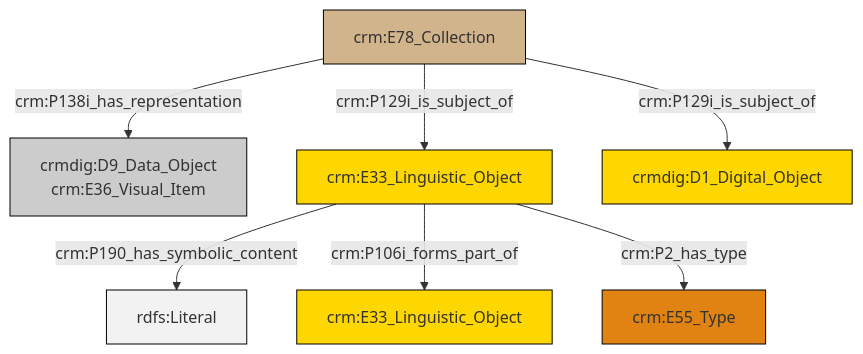
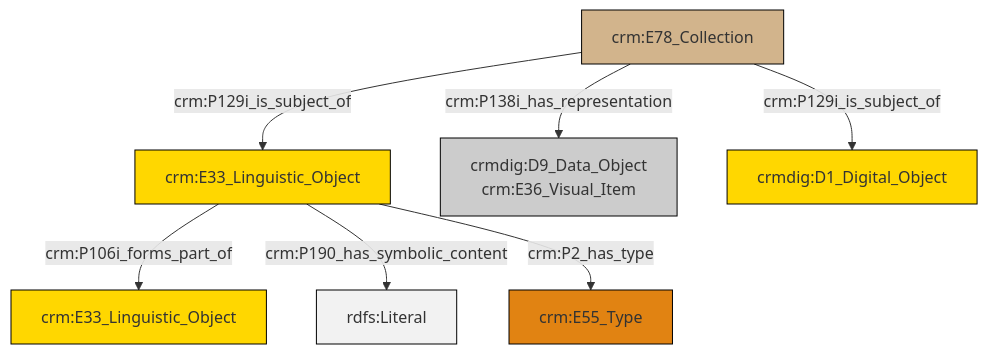
The diagram in et/archivalCSV/ttl/mmd/archival_docs.ttl.mmd (swiss-art-research-net/docs.swissartresearch), drawn with Mermaid before and after one commit. The commit also changed 183 other files, not shown here.

```diff
--- a/et/archivalCSV/ttl/mmd/archival_docs.ttl.mmd
+++ b/et/archivalCSV/ttl/mmd/archival_docs.ttl.mmd
@@ -1,21 +1,21 @@
 graph TD
 classDef Literal fill:#f2f2f2,stroke:#000000;
 classDef CRM_Entity fill:#FFFFFF,stroke:#000000;
 classDef Temporal_Entity fill:#00C9E6, stroke:#000000;
 classDef Type fill:#E18312, stroke:#000000;
 classDef Time-Span fill:#2C9C91, stroke:#000000;
 classDef Appellation fill:#FFEB7F, stroke:#000000;
 classDef Place fill:#008836, stroke:#000000;
 classDef Persistent_Item fill:#B266B2, stroke:#000000;
 classDef Conceptual_Object fill:#FFD700, stroke:#000000;
 classDef Physical_Thing fill:#D2B48C, stroke:#000000;
 classDef Actor fill:#f58aad, stroke:#000000;
 classDef PC_Classes fill:#4ce600, stroke:#000000;
 classDef Multi fill:#cccccc,stroke:#000000;
 
-2["crm:E33_Linguistic_Object"]:::Conceptual_Object -->|crm:P190_has_symbolic_content| 3[rdfs:Literal]:::Literal
-6["crm:E78_Collection"]:::Physical_Thing -->|crm:P138i_has_representation| 0["crmdig:D9_Data_Object<br>crm:E36_Visual_Item"]:::Multi
-6["crm:E78_Collection"]:::Physical_Thing -->|crm:P129i_is_subject_of| 2["crm:E33_Linguistic_Object"]:::Conceptual_Object
-6["crm:E78_Collection"]:::Physical_Thing -->|crm:P129i_is_subject_of| 8["crmdig:D1_Digital_Object"]:::Conceptual_Object
-2["crm:E33_Linguistic_Object"]:::Conceptual_Object -->|crm:P106i_forms_part_of| 9["crm:E33_Linguistic_Object"]:::Conceptual_Object
-2["crm:E33_Linguistic_Object"]:::Conceptual_Object -->|crm:P2_has_type| 4["crm:E55_Type"]:::Type
+0["crm:E78_Collection"]:::Physical_Thing -->|crm:P129i_is_subject_of| 1["crm:E33_Linguistic_Object"]:::Conceptual_Object
+1["crm:E33_Linguistic_Object"]:::Conceptual_Object -->|crm:P106i_forms_part_of| 4["crm:E33_Linguistic_Object"]:::Conceptual_Object
+0["crm:E78_Collection"]:::Physical_Thing -->|crm:P129i_is_subject_of| 10["crmdig:D1_Digital_Object"]:::Conceptual_Object
+0["crm:E78_Collection"]:::Physical_Thing -->|crm:P138i_has_representation| 2["crmdig:D9_Data_Object<br>crm:E36_Visual_Item"]:::Multi
+1["crm:E33_Linguistic_Object"]:::Conceptual_Object -->|crm:P190_has_symbolic_content| 14[rdfs:Literal]:::Literal
+1["crm:E33_Linguistic_Object"]:::Conceptual_Object -->|crm:P2_has_type| 8["crm:E55_Type"]:::Type
```
